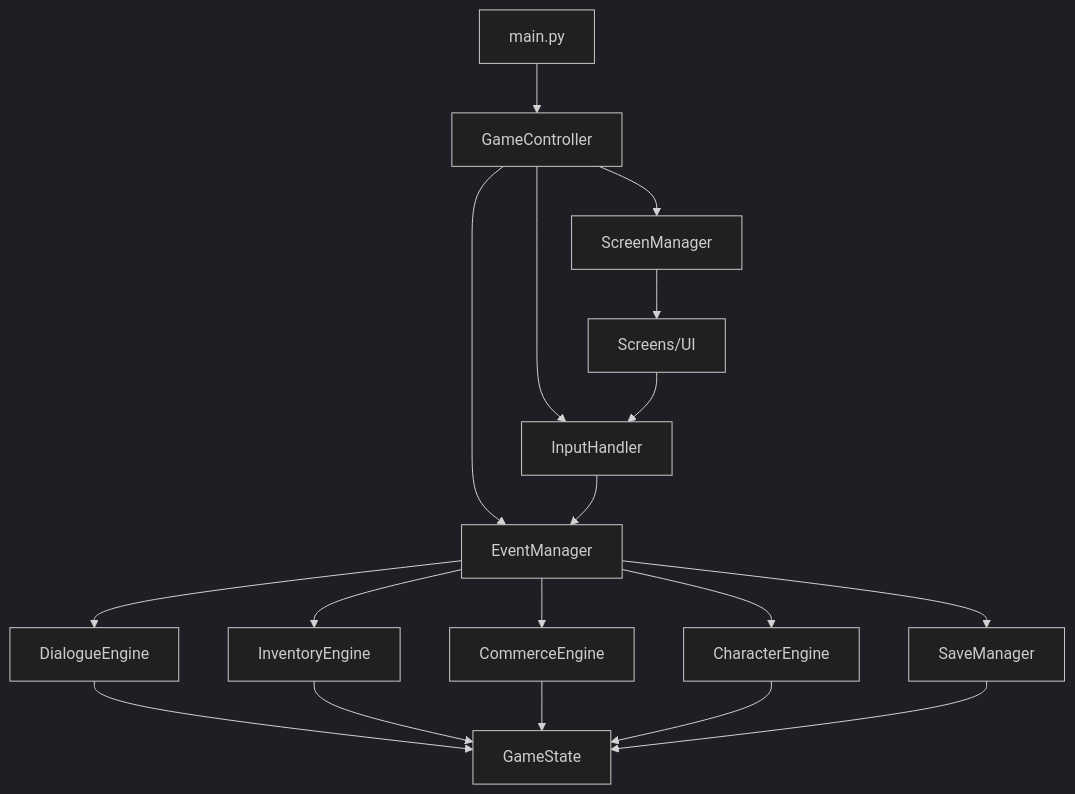
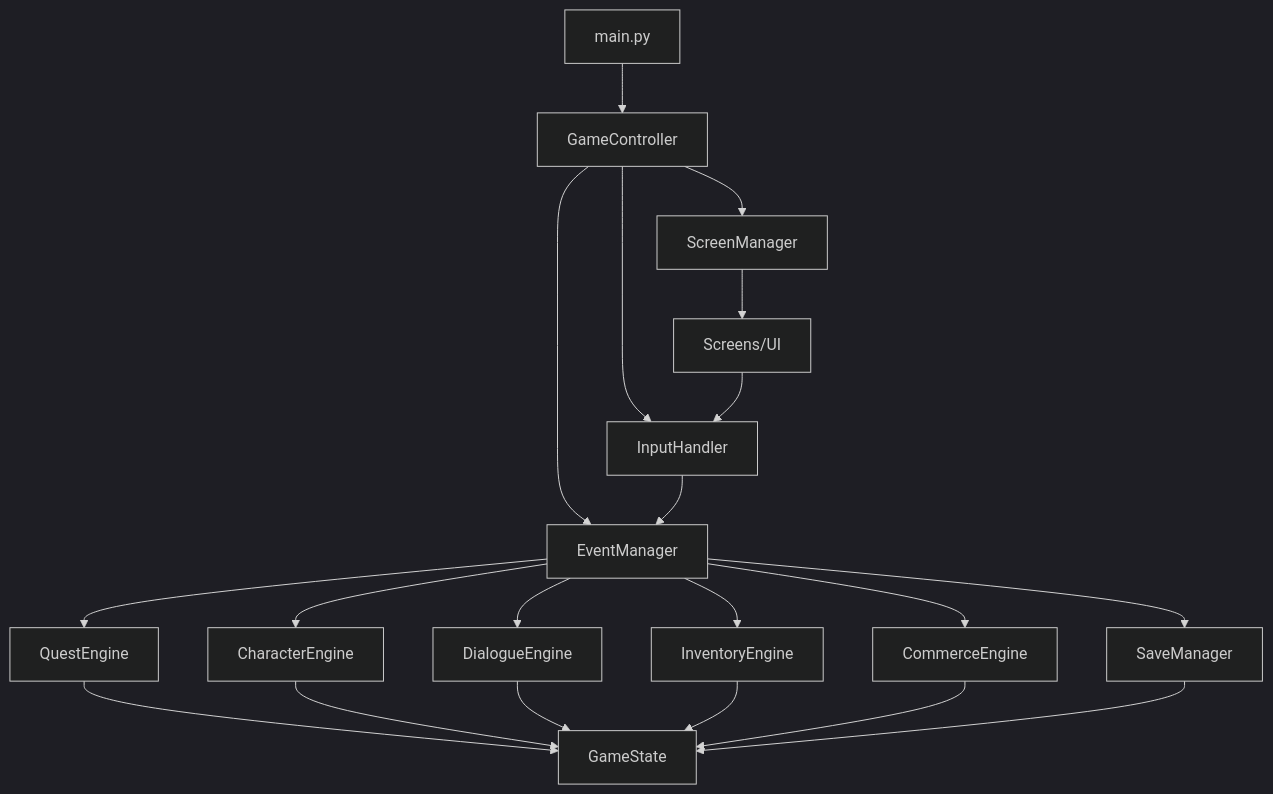
One commit to roamingmonk/Redstone changed the diagram in docs/project_context.md. Above: the diagram before and after it, drawn with Mermaid (dark theme). The commit also changed other lines of this file and 19 other files, not shown here.

````diff
--- a/docs/project_context.md
+++ b/docs/project_context.md
@@ -123,16 +141,17 @@
 ```mermaid
 flowchart TD
   A[main.py] --> B[GameController]
   B --> C[EventManager]
-  C --> D[DialogueEngine]
-  C --> E[InventoryEngine] 
-  C --> F[CommerceEngine]
-  C --> G[CharacterEngine]
-  C --> H[SaveManager]
-  D & E & F & G & H --> I[GameState]
-  B --> J[ScreenManager]
-  B --> K[InputHandler]
-  J --> L[Screens/UI]
-  K --> C
-  L --> K
+  C --> D[QuestEngine]
+  C --> E[CharacterEngine] 
+  C --> F[DialogueEngine]
+  C --> G[InventoryEngine]
+  C --> H[CommerceEngine]
+  C --> I[SaveManager]
+  D & E & F & G & H & I --> J[GameState]
+  B --> K[ScreenManager]
+  B --> L[InputHandler]
+  K --> M[Screens/UI]
+  L --> C
+  M --> L
 ```
````
